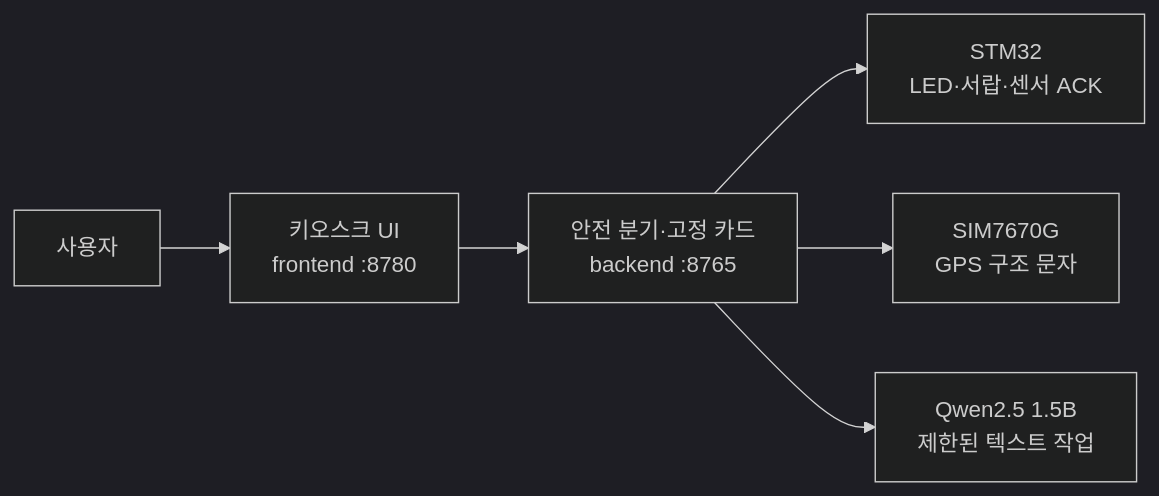
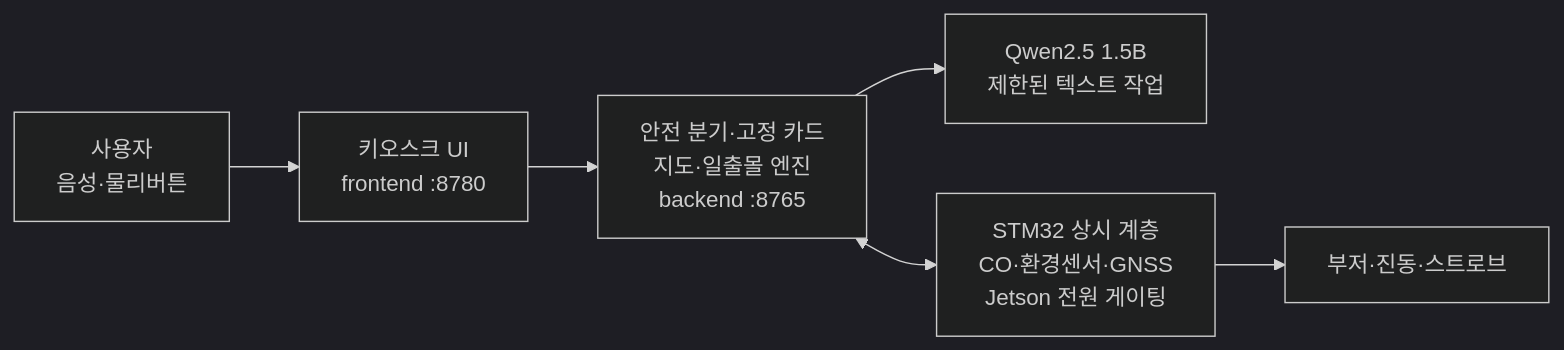
The diagram in profile/README.md (2026-ESCW-OGTECH/.github), drawn with Mermaid (dark theme) before and after one commit. The commit also changed other lines of this file and 9 other files, not shown here.

````diff
--- a/profile/README.md
+++ b/profile/README.md
@@ -17,8 +26,8 @@
 ```mermaid
 flowchart LR
-    U["사용자"] --> F["키오스크 UI<br/>frontend :8780"]
-    F --> B["안전 분기·고정 카드<br/>backend :8765"]
-    B --> M["STM32<br/>LED·서랍·센서 ACK"]
-    B --> S["SIM7670G<br/>GPS 구조 문자"]
+    U["사용자<br/>음성·물리버튼"] --> F["키오스크 UI<br/>frontend :8780"]
+    F --> B["안전 분기·고정 카드<br/>지도·일출몰 엔진<br/>backend :8765"]
     B --> L["Qwen2.5 1.5B<br/>제한된 텍스트 작업"]
+    B <--> M["STM32 상시 계층<br/>CO·환경센서·GNSS<br/>Jetson 전원 게이팅"]
+    M --> A["부저·진동·스트로브"]
 ```
````
